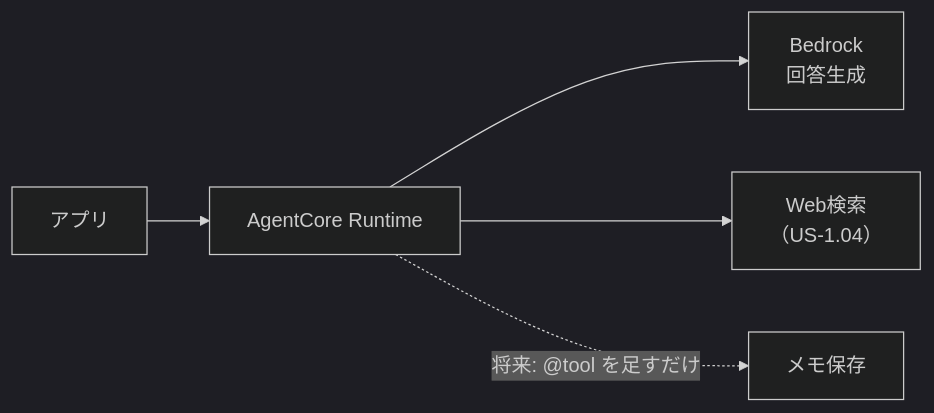
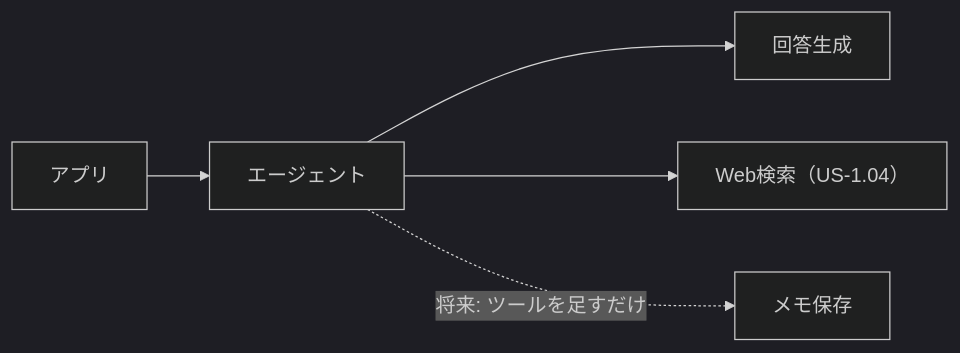
The diagram in docs/00_user_stories.md (h-akira/TouringProject), drawn with Mermaid (dark theme) before and after one commit. The commit also changed other lines of this file and 29 other files, not shown here.

````diff
--- a/docs/00_user_stories.md
+++ b/docs/00_user_stories.md
@@ -151,7 +134,7 @@
 ```mermaid
 flowchart LR
-    A["アプリ"] --> R["AgentCore Runtime"]
-    R --> B["Bedrock<br/>回答生成"]
-    R --> W["Web検索<br/>（US-1.04）"]
-    R -.->|"将来: @tool を足すだけ"| T["メモ保存"]
+    A["アプリ"] --> R["エージェント"]
+    R --> B["回答生成"]
+    R --> W["Web検索（US-1.04）"]
+    R -.->|"将来: ツールを足すだけ"| T["メモ保存"]
 ```
````
